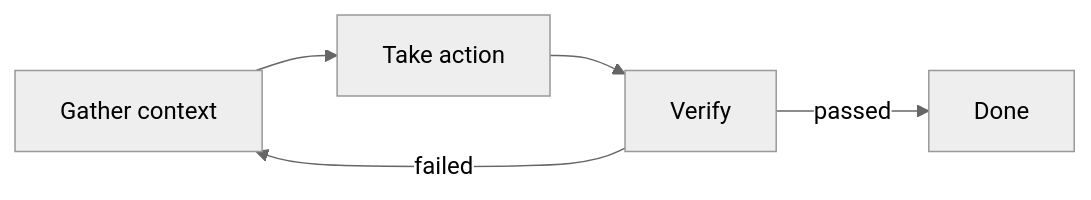
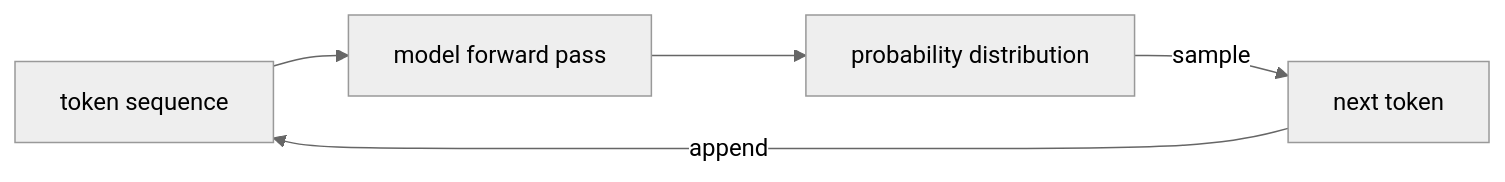
The first of 3 diagrams in public/blog/2026/02/ai-harnesses-explained.md (willyamjarcand/portfolio-wilyuhm), drawn with Mermaid (neutral theme) before and after one commit. The commit also changed other lines of this file and 1 other file, not shown here.

````diff
--- a/public/blog/2026/02/ai-harnesses-explained.md
+++ b/public/blog/2026/02/ai-harnesses-explained.md
@@ -35,7 +17,7 @@
 ```mermaid
 flowchart LR
-    A[Gather context] --> B[Take action]
-    B --> C[Verify]
-    C -->|failed| A
-    C -->|passed| D[Done]
+    A[token sequence] --> B[model forward pass]
+    B --> C[probability distribution]
+    C -->|sample| D[next token]
+    D -->|append| A
 ```
````
